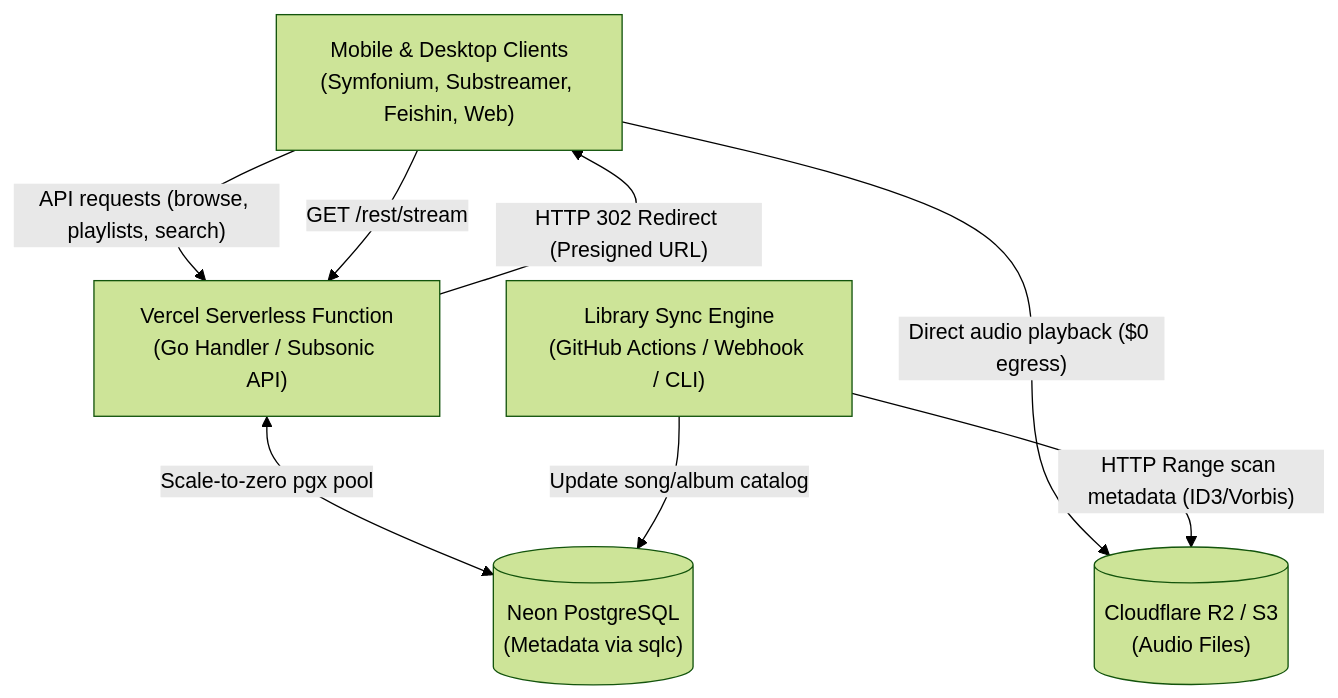
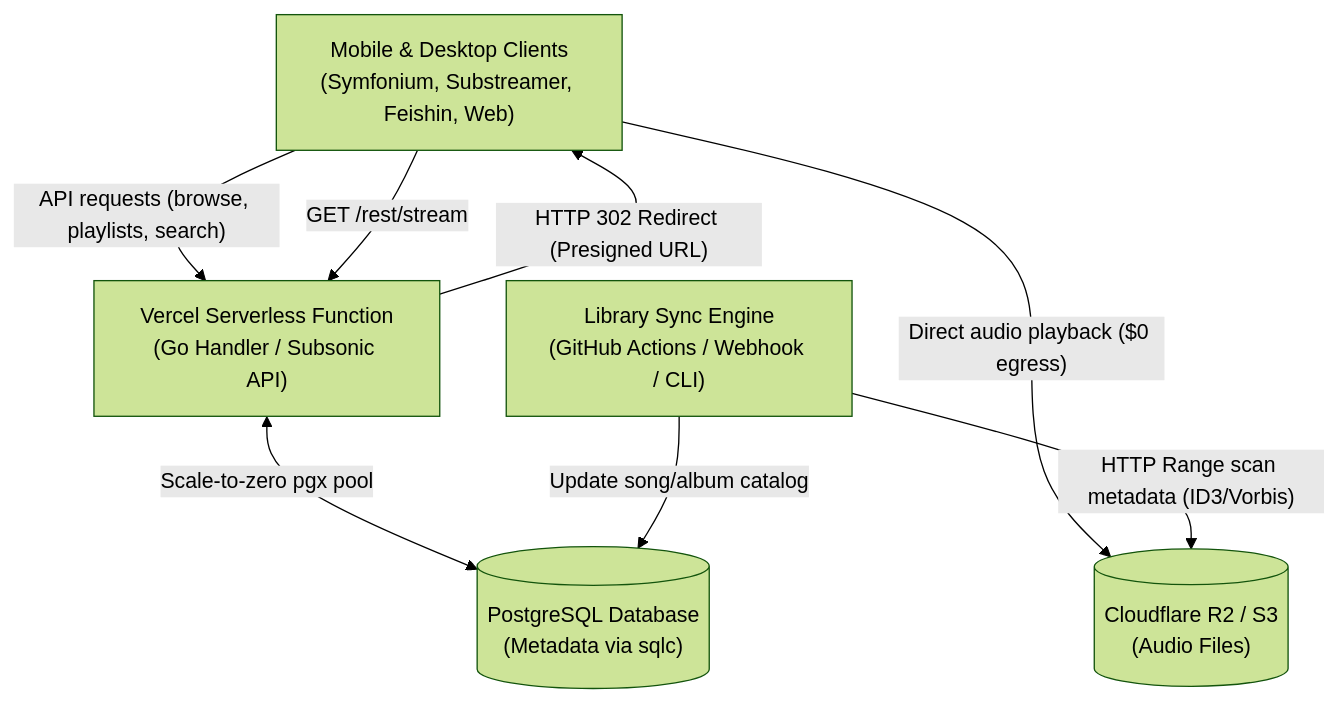
Before and after one commit to QUBITABHAY/navidrome-serverless: the diagram in README.md, drawn with Mermaid (forest theme). The commit also changed other lines of this file and 4 other files, not shown here.

Commit message:
refactor: standardize solely on DATABASE_URL and generalize PostgreSQL references

````diff
--- a/README.md
+++ b/README.md
@@ -34,16 +34,16 @@
 ```mermaid
 flowchart TD
     Client["Mobile & Desktop Clients\n(Symfonium, Substreamer, Feishin, Web)"]
     Vercel["Vercel Serverless Function\n(Go Handler / Subsonic API)"]
-    Neon[("Neon PostgreSQL\n(Metadata via sqlc)")]
+    Postgres[("PostgreSQL Database\n(Metadata via sqlc)")]
     R2[("Cloudflare R2 / S3\n(Audio Files)")]
     Scanner["Library Sync Engine\n(GitHub Actions / Webhook / CLI)"]
 
     Client -->|"API requests (browse, playlists, search)"| Vercel
-    Vercel <-->|"Scale-to-zero pgx pool"| Neon
+    Vercel <-->|"Scale-to-zero pgx pool"| Postgres
     Client -->|"GET /rest/stream"| Vercel
     Vercel -->|"HTTP 302 Redirect (Presigned URL)"| Client
     Client -->|"Direct audio playback ($0 egress)"| R2
     Scanner -->|"HTTP Range scan metadata (ID3/Vorbis)"| R2
-    Scanner -->|"Update song/album catalog"| Neon
+    Scanner -->|"Update song/album catalog"| Postgres
 ```
````
